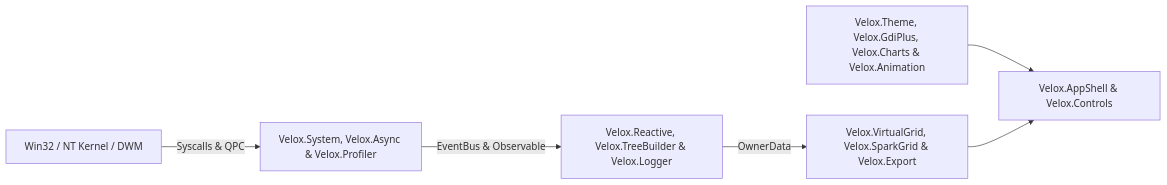
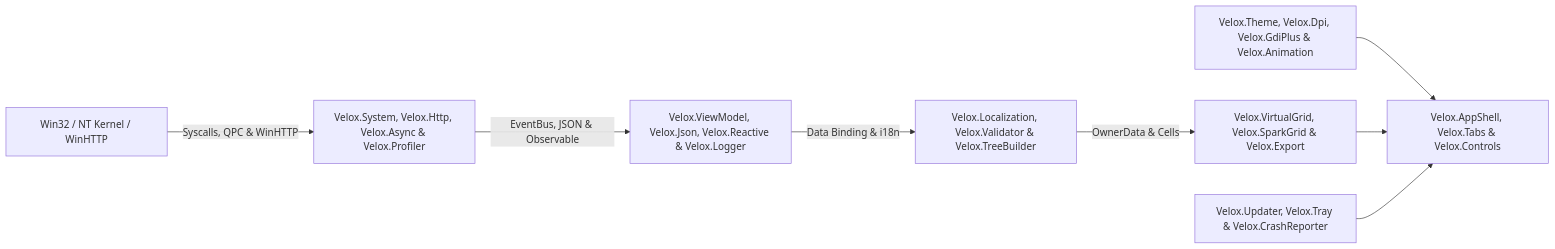
The first of 2 diagrams in README.md (amafjarkasi/velox-ui), drawn with Mermaid before and after one commit. The commit also changed other lines of this file and 10 other files, not shown here.

````diff
--- a/README.md
+++ b/README.md
@@ -135,8 +135,10 @@
 ```mermaid
 flowchart LR
-    OS["Win32 / NT Kernel / DWM"] -->|"Syscalls & QPC"| SYS["Velox.System, Velox.Async & Velox.Profiler"]
-    SYS -->|"EventBus & Observable<T>"| VM["Velox.Reactive, Velox.TreeBuilder<T> & Velox.Logger"]
-    VM -->|"OwnerData"| GRID["Velox.VirtualGrid<T>, Velox.SparkGrid & Velox.Export"]
-    THEME["Velox.Theme, Velox.GdiPlus, Velox.Charts & Velox.Animation"] --> SHELL["Velox.AppShell & Velox.Controls"]
+    OS["Win32 / NT Kernel / WinHTTP"] -->|"Syscalls, QPC & WinHTTP"| SYS["Velox.System, Velox.Http, Velox.Async & Velox.Profiler"]
+    SYS -->|"EventBus, JSON & Observable<T>"| VM["Velox.ViewModel, Velox.Json, Velox.Reactive & Velox.Logger"]
+    VM -->|"Data Binding & i18n"| BIND["Velox.Localization, Velox.Validator & Velox.TreeBuilder<T>"]
+    BIND -->|"OwnerData & Cells"| GRID["Velox.VirtualGrid<T>, Velox.SparkGrid & Velox.Export"]
+    THEME["Velox.Theme, Velox.Dpi, Velox.GdiPlus & Velox.Animation"] --> SHELL["Velox.AppShell, Velox.Tabs & Velox.Controls"]
     GRID --> SHELL
+    EXT["Velox.Updater, Velox.Tray & Velox.CrashReporter"] --> SHELL
 ```
````
